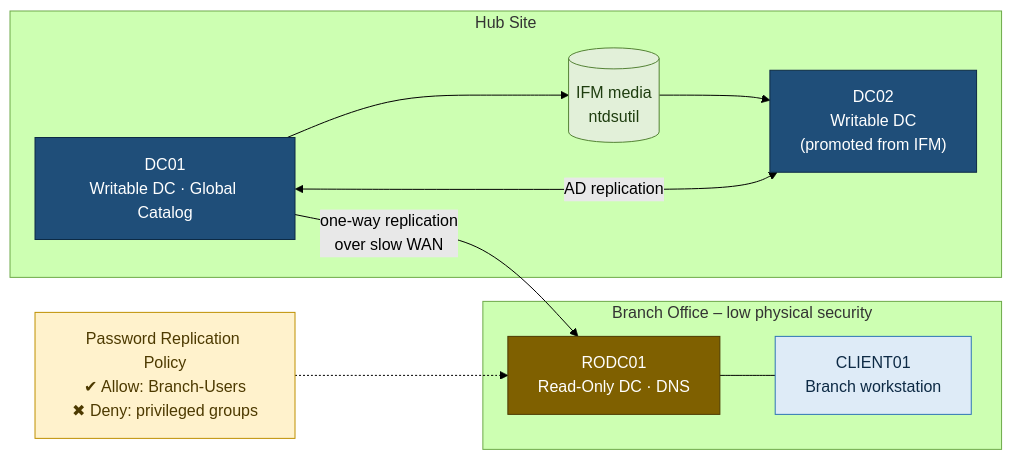
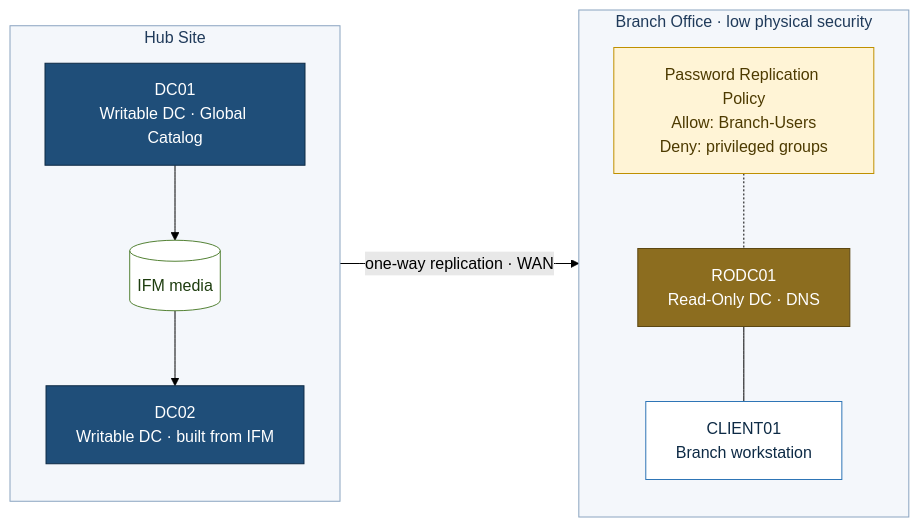
Before and after one commit to arion-zone/IT-Support-Labs: the diagram in Enterprise-Network-Labs/02-dc-deployment-ifm-and-rodc/README.md, drawn with Mermaid (forest theme). The commit also changed 4 other files, not shown here.

Commit message:
Polish architecture diagrams: compact layouts and consistent styling

````diff
--- a/Enterprise-Network-Labs/02-dc-deployment-ifm-and-rodc/README.md
+++ b/Enterprise-Network-Labs/02-dc-deployment-ifm-and-rodc/README.md
@@ -14,24 +14,27 @@
 ```mermaid
 flowchart LR
     subgraph HUB["Hub Site"]
+        direction TB
         DC01["DC01<br/>Writable DC · Global Catalog"]:::dc
-        DC02["DC02<br/>Writable DC<br/>(promoted from IFM)"]:::dc
-        IFM[("IFM media<br/>ntdsutil")]:::net
+        IFM[("IFM media")]:::data
+        DC02["DC02<br/>Writable DC · built from IFM"]:::dc
+        DC01 --> IFM --> DC02
     end
-    subgraph BRANCH["Branch Office – low physical security"]
+    subgraph BR["Branch Office · low physical security"]
+        direction TB
         RODC01["RODC01<br/>Read-Only DC · DNS"]:::ro
         CLIENT["CLIENT01<br/>Branch workstation"]:::client
+        PRP["Password Replication Policy<br/>Allow: Branch-Users<br/>Deny: privileged groups"]:::policy
+        PRP -.- RODC01 --- CLIENT
     end
-    DC01 --> IFM --> DC02
-    DC01 <-- "AD replication" --> DC02
-    DC01 -- "one-way replication<br/>over slow WAN" --> RODC01
-    RODC01 --- CLIENT
-    PRP["Password Replication Policy<br/>✔ Allow: Branch-Users<br/>✖ Deny: privileged groups"]:::policy -.-> RODC01
+    HUB -- "one-way replication · WAN" --> BR
+    class HUB,BR zone
     classDef dc fill:#1f4e79,stroke:#0d2a45,color:#ffffff
     classDef srv fill:#2e75b6,stroke:#1f4e79,color:#ffffff
-    classDef client fill:#deebf7,stroke:#2e75b6,color:#0d2a45
-    classDef ro fill:#7f6000,stroke:#4d3a00,color:#ffffff
-    classDef net fill:#e2f0d9,stroke:#548235,color:#1e3d0f
-    classDef edge fill:#595959,stroke:#262626,color:#ffffff
-    classDef policy fill:#fff2cc,stroke:#bf9000,color:#4d3a00
+    classDef client fill:#ffffff,stroke:#2e75b6,color:#0d2a45
+    classDef ro fill:#8c6d1f,stroke:#5c4712,color:#ffffff
+    classDef data fill:#ffffff,stroke:#548235,color:#1e3d0f
+    classDef edge fill:#404040,stroke:#1a1a1a,color:#ffffff
+    classDef policy fill:#fff4d6,stroke:#bf9000,color:#4d3a00
+    classDef zone fill:#f4f7fb,stroke:#8aa4c0,color:#1f3a5a
 ```
````
